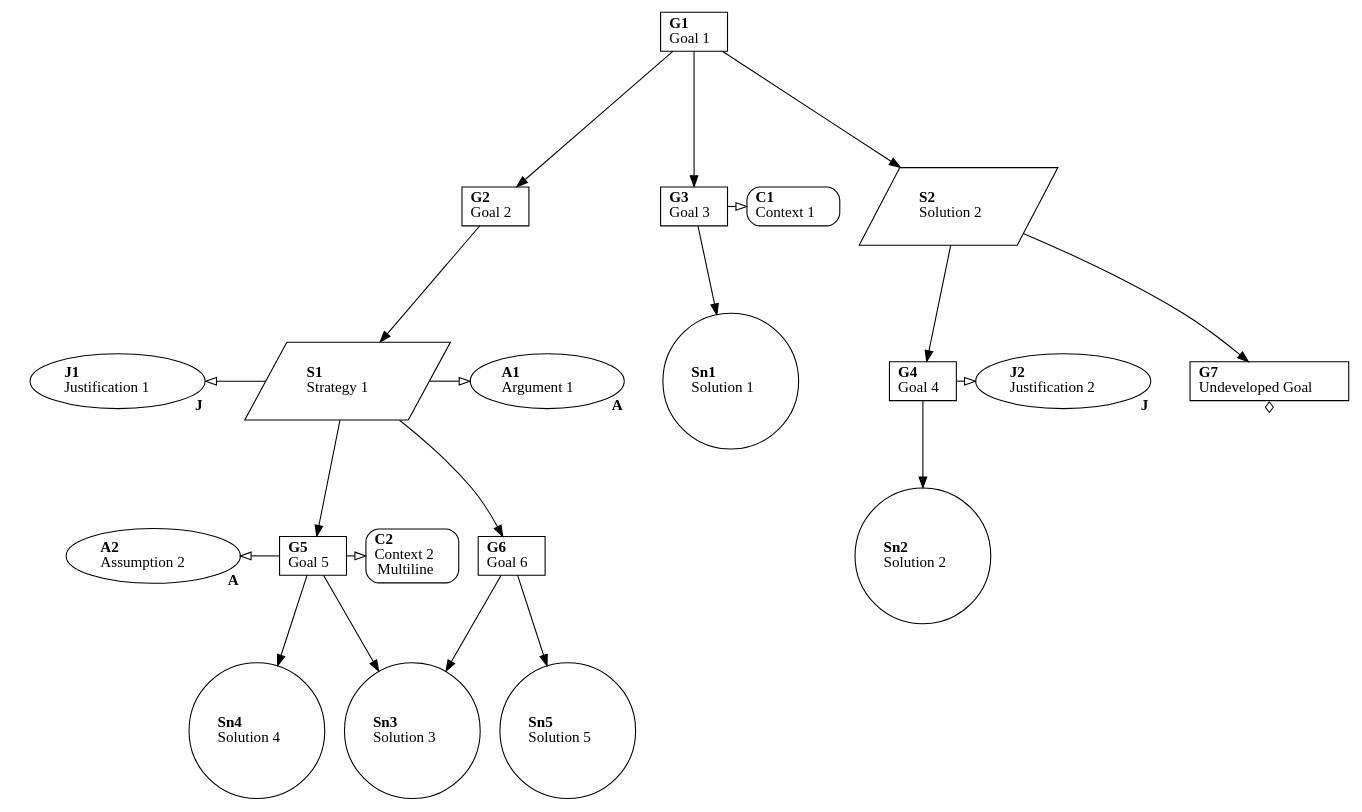
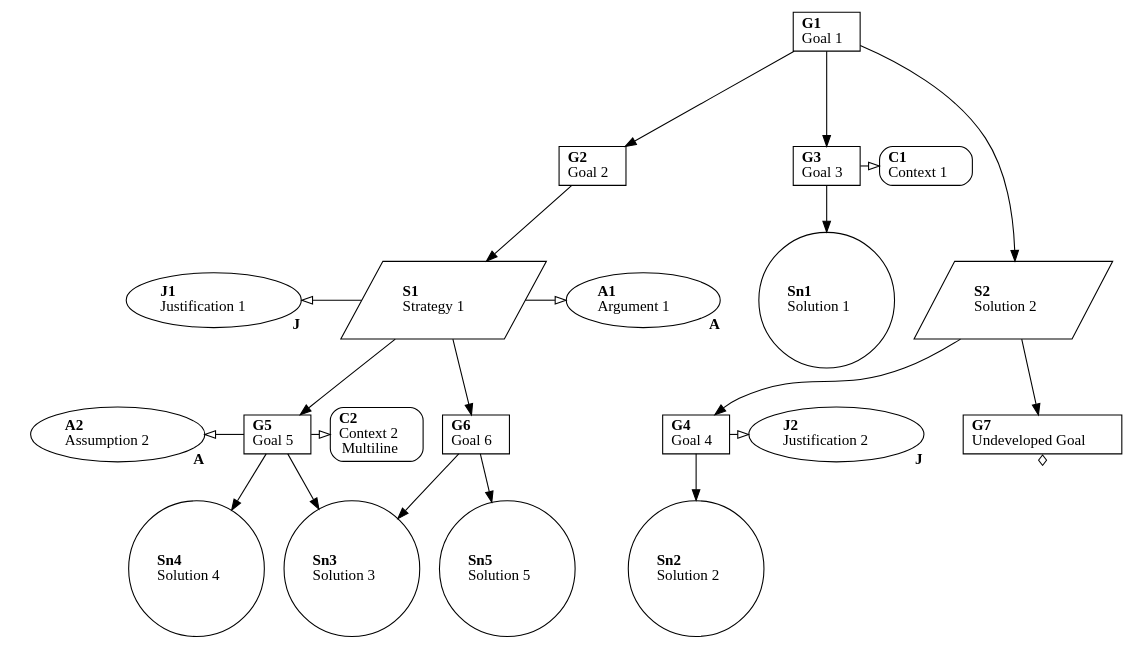
One commit to jonasthewolf/gsn2x changed the diagram in example.gsn.dot. Above: the diagram before and after it, drawn with Graphviz. The commit also changed 7 other files, not shown here.

```diff
--- a/example.gsn.dot
+++ b/example.gsn.dot
@@ -1,76 +1,81 @@
 digraph "example.gsn.yaml" {
   graph [class="gsndiagram", ranksep="equally"]
 
   ## Elements
   "A1" [id="gsn_a1", shape="oval", class="gsnelem gsnasmp", label=<<B>A1</B><BR align="left"/>Argument 1>];
   "A1":e -> "A1":e [headlabel=< <B>A</B> >, labeldistance=2.5, penwidth=0, arrowhead=none];
   "A2" [id="gsn_a2", shape="oval", class="gsnelem gsnasmp mycssclass anotherclass", label=<<B>A2</B><BR align="left"/>Assumption 2>];
   "A2":e -> "A2":e [headlabel=< <B>A</B> >, labeldistance=2.5, penwidth=0, arrowhead=none];
   "C1" [id="gsn_c1", shape="box", class="gsnelem gsnctxt", style="rounded", label=<<B>C1</B><BR align="left"/>Context 1>];
   "C2" [id="gsn_c2", shape="box", class="gsnelem gsnctxt", style="rounded", label=<<B>C2</B><BR align="left"/>Context 2<BR align="left"/>Multiline>];
   "G1" [id="gsn_g1", shape="box", class="gsnelem gsngoal", label=<<B>G1</B><BR align="left"/>Goal 1>];
   "G2" [id="gsn_g2", shape="box", class="gsnelem gsngoal", label=<<B>G2</B><BR align="left"/>Goal 2>];
   "G3" [id="gsn_g3", shape="box", class="gsnelem gsngoal", label=<<B>G3</B><BR align="left"/>Goal 3>];
   "G4" [id="gsn_g4", shape="box", class="gsnelem gsngoal", label=<<B>G4</B><BR align="left"/>Goal 4>];
   "G5" [id="gsn_g5", shape="box", class="gsnelem gsngoal", label=<<B>G5</B><BR align="left"/>Goal 5>];
   "G6" [id="gsn_g6", shape="box", class="gsnelem gsngoal", label=<<B>G6</B><BR align="left"/>Goal 6>];
   "G7" [id="gsn_g7", shape="box", class="gsnelem gsngoal", label=<<B>G7</B><BR align="left"/>Undeveloped Goal>];
   "G7":s -> "G7":s [taillabel=<<br/><b>&#9826;</b>>,color=transparent,arrowhead=none,labeldistance=0.1]
   "J1" [id="gsn_j1", shape="oval", class="gsnelem gsnjust", label=<<B>J1</B><BR align="left"/>Justification 1>];
   "J1":e -> "J1":e [headlabel=< <B>J</B> >, labeldistance=2.5, penwidth=0, arrowhead=none];
   "J2" [id="gsn_j2", shape="oval", class="gsnelem gsnjust", label=<<B>J2</B><BR align="left"/>Justification 2>];
   "J2":e -> "J2":e [headlabel=< <B>J</B> >, labeldistance=2.5, penwidth=0, arrowhead=none];
   "S1" [id="gsn_s1", shape="parallelogram", class="gsnelem gsnstgy", label=<<B>S1</B><BR align="left"/>Strategy 1>];
   "S2" [id="gsn_s2", shape="parallelogram", class="gsnelem gsnstgy", label=<<B>S2</B><BR align="left"/>Solution 2>];
   "Sn1" [id="gsn_sn1", shape="circle", class="gsnelem gsnsltn", URL="https://github.com/jonasthewolf/gsn2x", label=<<B>Sn1</B><BR align="left"/>Solution 1>];
   "Sn2" [id="gsn_sn2", shape="circle", class="gsnelem gsnsltn", label=<<B>Sn2</B><BR align="left"/>Solution 2>];
   "Sn3" [id="gsn_sn3", shape="circle", class="gsnelem gsnsltn", label=<<B>Sn3</B><BR align="left"/>Solution 3>];
   "Sn4" [id="gsn_sn4", shape="circle", class="gsnelem gsnsltn", label=<<B>Sn4</B><BR align="left"/>Solution 4>];
   "Sn5" [id="gsn_sn5", shape="circle", class="gsnelem gsnsltn", label=<<B>Sn5</B><BR align="left"/>Solution 5>];
 
   ## Relations
   "G1" -> "G2" [class="gsnedge gsnspby"];
   "G1" -> "G3" [class="gsnedge gsnspby"];
   "G1" -> "S2" [class="gsnedge gsnspby"];
   "G2" -> "S1" [class="gsnedge gsnspby"];
   "G3" -> "Sn1" [class="gsnedge gsnspby"];
   subgraph cluster7 {
     graph[peripheries=0];
     {
       rank = same;
       "G3" -> "C1" [arrowhead=empty, class="gsnedge gsninctxt"];
     }
   }
   "G4" -> "Sn2" [class="gsnedge gsnspby"];
   subgraph cluster8 {
     graph[peripheries=0];
     {
       rank = same;
       "G4" -> "J2" [arrowhead=empty, class="gsnedge gsninctxt"];
     }
   }
   "G5" -> "Sn3" [class="gsnedge gsnspby"];
   "G5" -> "Sn4" [class="gsnedge gsnspby"];
   subgraph cluster9 {
     graph[peripheries=0];
     {
       rank = same;
       "G5" -> "C2" [arrowhead=empty, class="gsnedge gsninctxt"];
       "A2" -> "G5" [dir=back, arrowtail=empty, class="gsnedge gsninctxt"];
     }
   }
   "G6" -> "Sn3" [class="gsnedge gsnspby"];
   "G6" -> "Sn5" [class="gsnedge gsnspby"];
   "S1" -> "G5" [class="gsnedge gsnspby"];
   "S1" -> "G6" [class="gsnedge gsnspby"];
   subgraph cluster14 {
     graph[peripheries=0];
     {
       rank = same;
       "S1" -> "A1" [arrowhead=empty, class="gsnedge gsninctxt"];
       "J1" -> "S1" [dir=back, arrowtail=empty, class="gsnedge gsninctxt"];
     }
   }
   "S2" -> "G4" [class="gsnedge gsnspby"];
   "S2" -> "G7" [class="gsnedge gsnspby"];
+
+  
+  
+  ## Ranks (Levels)
+  {rank=same; S2; Sn1;}
 }
```
